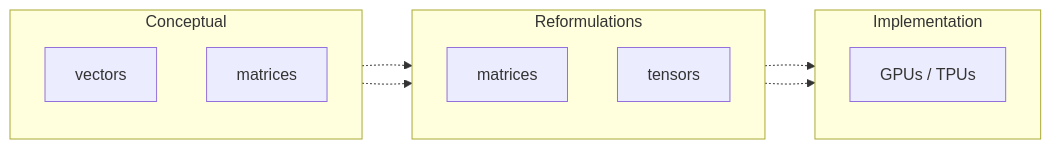
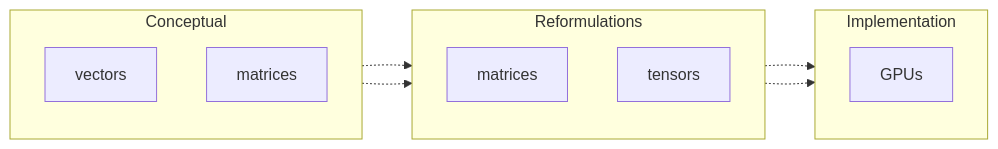
The diagram in book/03-The-LLM/01-llm-architecture.md (yshavit/llm-notes), drawn with Mermaid before and after one commit. The commit also changed other lines of this file and 3 other files, not shown here.

````diff
--- a/book/03-The-LLM/01-llm-architecture.md
+++ b/book/03-The-LLM/01-llm-architecture.md
@@ -37,24 +37,24 @@
 ```mermaid
 flowchart LR
 
   subgraph Concept[Conceptual]
     direction TB
     C1[vectors]
     C2[matrices]
   end
 
   subgraph Org[Reformulations]
     direction TB
     L1[matrices]
     L2[tensors]
   end
 
   subgraph Implementation
     direction TB
-    Hardware[GPUs / TPUs]
+    Hardware[GPUs]
   end
 
   C1 -.-> L1 -.-> Hardware
   C2 -.-> L2 -.-> Hardware
   
 ```
````
